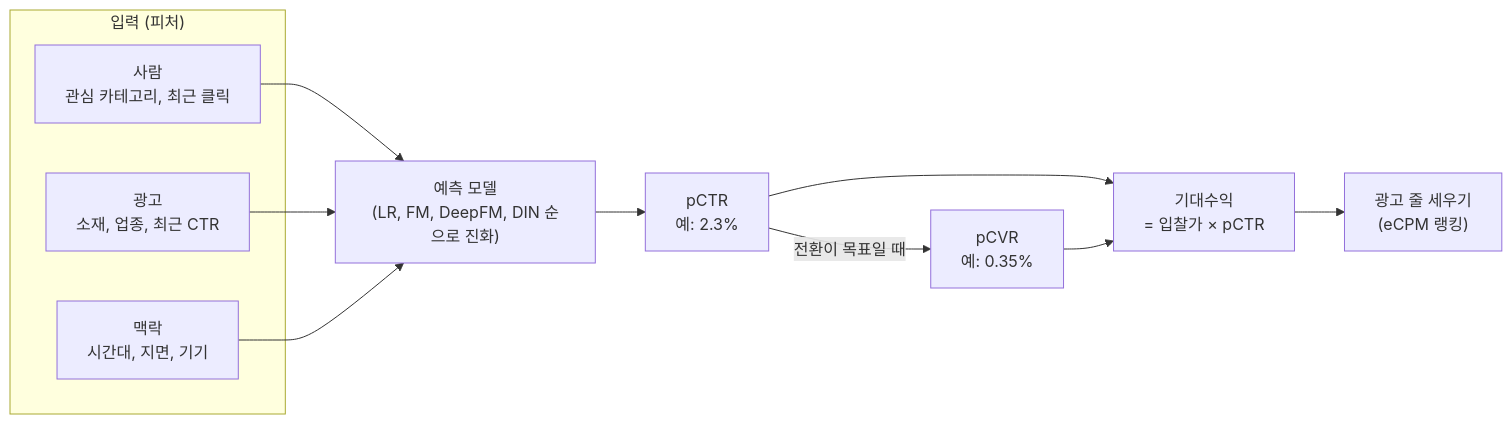
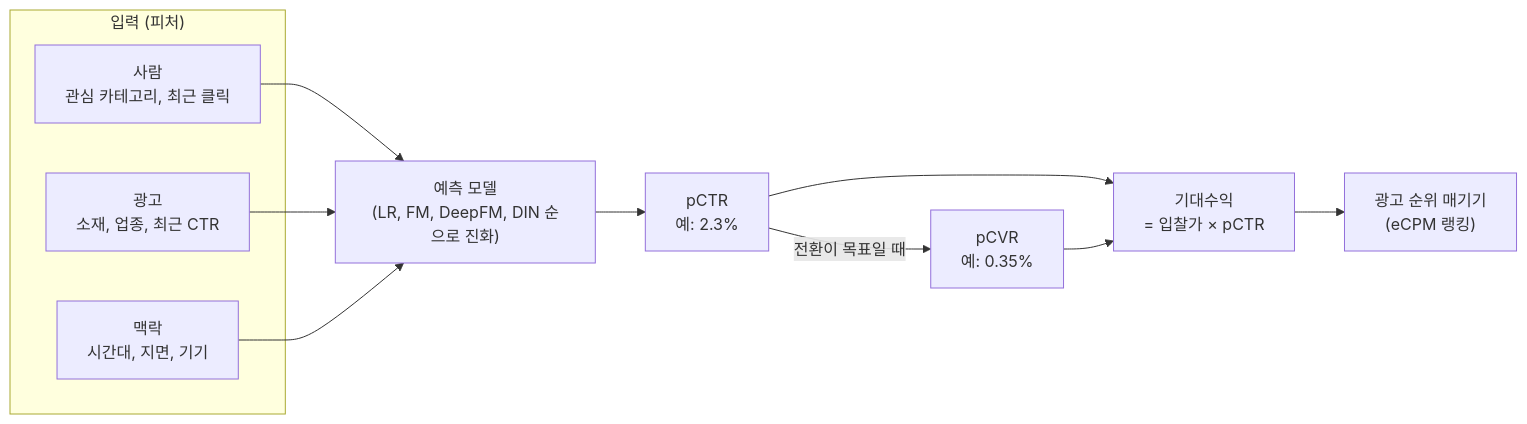
The diagram in posts/pctr-prediction.md (chkimsu/adtech-blog), drawn with Mermaid before and after one commit. The commit also changed other lines of this file and 28 other files, not shown here.

````diff
--- a/posts/pctr-prediction.md
+++ b/posts/pctr-prediction.md
@@ -159,19 +159,19 @@
 ```mermaid
 graph LR
   subgraph IN["입력 (피처)"]
     U["사람<br/>관심 카테고리, 최근 클릭"]
     A["광고<br/>소재, 업종, 최근 CTR"]
     C["맥락<br/>시간대, 지면, 기기"]
   end
   M["예측 모델<br/>(LR, FM, DeepFM, DIN 순으로 진화)"]
   P["pCTR<br/>예: 2.3%"]
   V["pCVR<br/>예: 0.35%"]
   E["기대수익<br/>= 입찰가 × pCTR"]
-  R["광고 줄 세우기<br/>(eCPM 랭킹)"]
+  R["광고 순위 매기기<br/>(eCPM 랭킹)"]
   U --> M
   A --> M
   C --> M
   M --> P --> E
   P -->|전환이 목표일 때| V --> E
   E --> R
 ```
````
